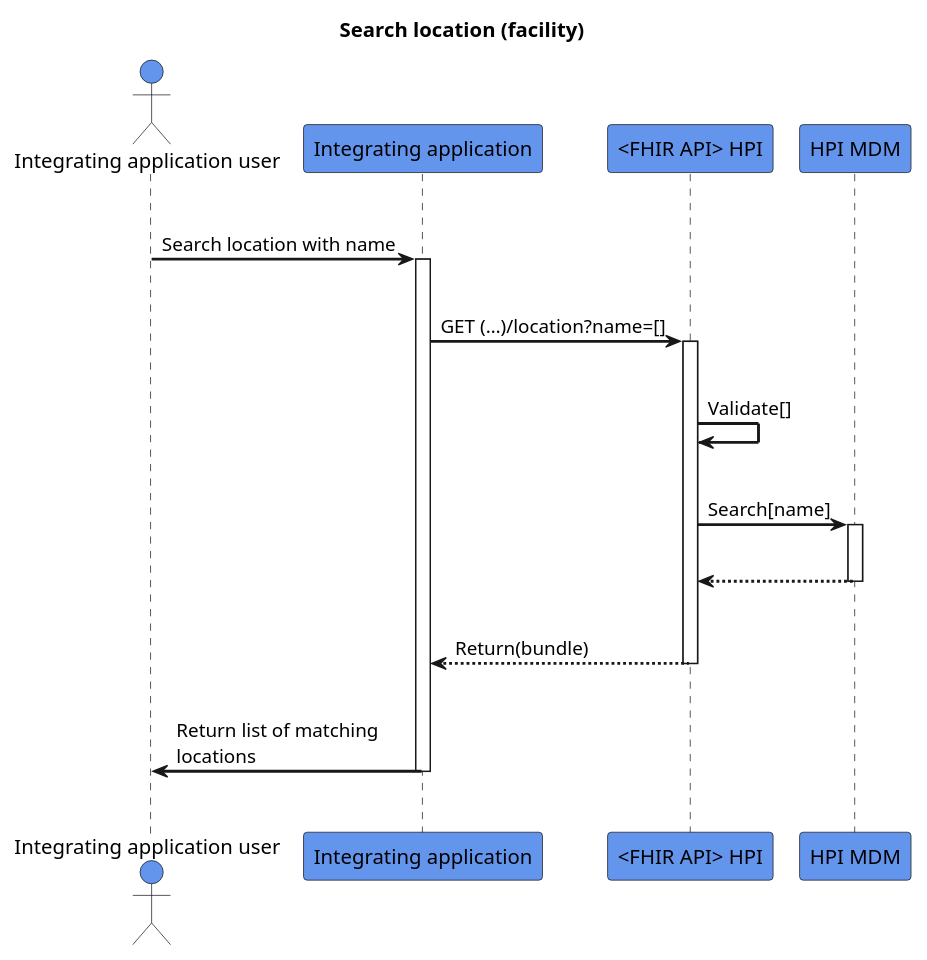
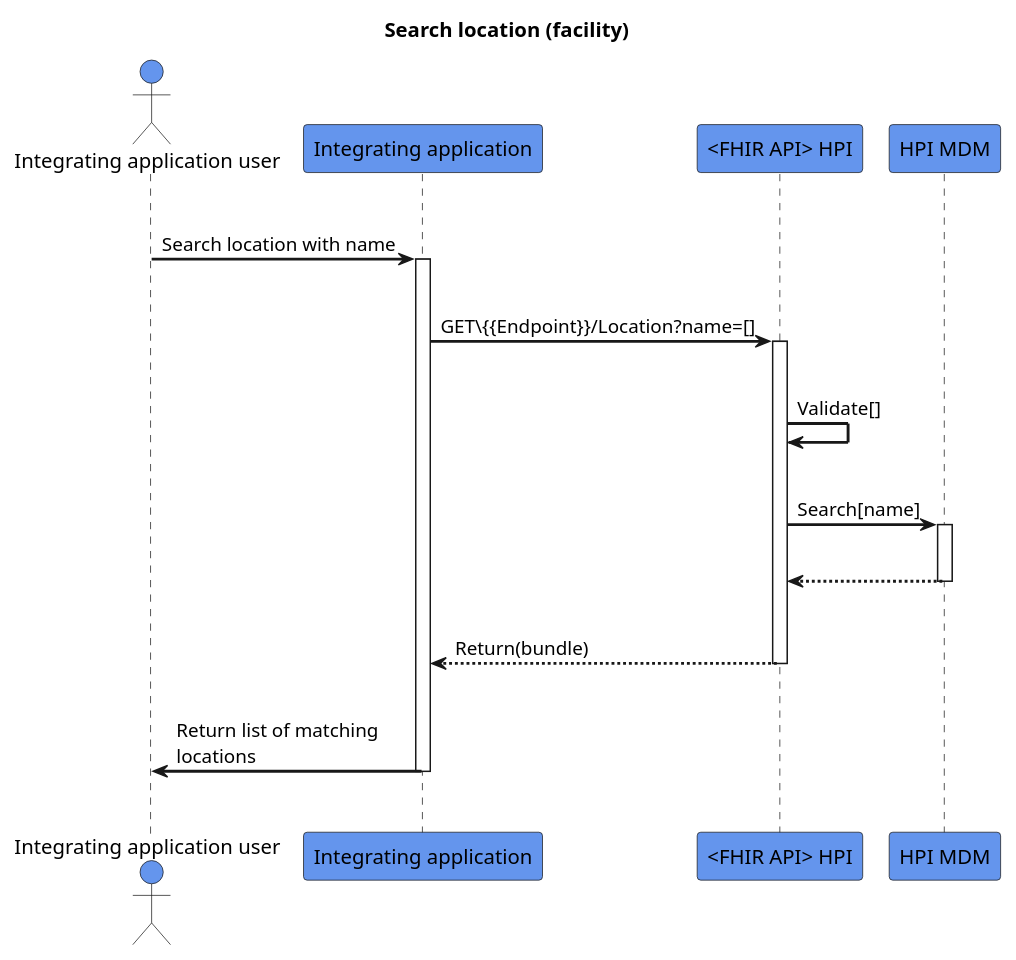
One commit to HL7NZ/hpi changed the diagram in input/images-source/search-locationwithname.plantuml. Above: the diagram before and after it, drawn with PlantUML.

```diff
--- a/input/images-source/search-locationwithname.plantuml
+++ b/input/images-source/search-locationwithname.plantuml
@@ -1,33 +1,32 @@
 @startuml
 skinparam sequenceArrowThickness 2
 skinparam roundcorner 5
 skinparam maxmessagesize 180
 skinparam sequenceParticipant bold
 title Search location (facility) 
 actor "Integrating application user" as User #CornflowerBlue
 participant "Integrating application" as A #CornflowerBlue
 participant "<FHIR API> HPI" as B #CornflowerBlue
 participant "HPI MDM" as C #CornflowerBlue
 |||
 User -> A: Search location with name
 activate A
 |||
-A -> B: GET (…)/location?name=[]
+A -> B: GET\{{Endpoint}}/Location?name=[]
 activate B
 |||
 B -> B: Validate[]
 |||
 B -> C: Search[name]
 activate C
 |||
-
 C -[dashed]-> B:  
 deactivate C
 |||
 B -[dashed]-> A:Return(bundle)
 deactivate B
 |||
 A -> User: Return list of matching locations
 deactivate A
 |||
 @enduml
```
